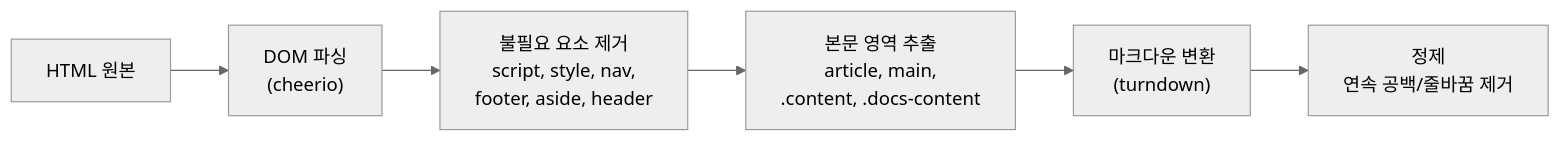
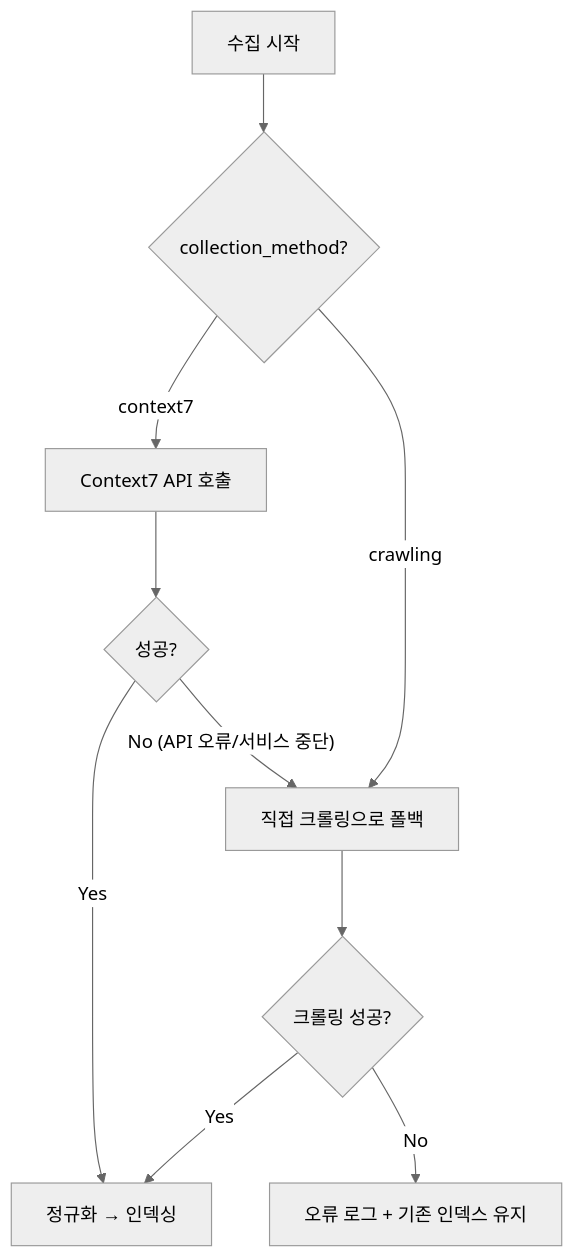
Before and after one commit to johunsang/api-intel: the fifth of 5 diagrams in docs/01-요구사항분석/API수집시스템분석서.md, drawn with Mermaid (neutral theme). The commit also changed other lines of this file and 91 other files, not shown here.

````diff
--- a/docs/01-요구사항분석/API수집시스템분석서.md
+++ b/docs/01-요구사항분석/API수집시스템분석서.md
@@ -318,8 +383,12 @@
 ```mermaid
-flowchart LR
-    A["HTML 원본"] --> B["DOM 파싱\n(cheerio)"]
-    B --> C["불필요 요소 제거\nscript, style, nav,\nfooter, aside, header"]
-    C --> D["본문 영역 추출\narticle, main,\n.content, .docs-content"]
-    D --> E["마크다운 변환\n(turndown)"]
-    E --> F["정제\n연속 공백/줄바꿈 제거"]
+flowchart TD
+    A["수집 시작"] --> B{"collection_method?"}
+    B -->|"context7"| C["Context7 API 호출"]
+    C --> D{"성공?"}
+    D -->|"Yes"| E["정규화 → 인덱싱"]
+    D -->|"No (API 오류/서비스 중단)"| F["직접 크롤링으로 폴백"]
+    B -->|"crawling"| F
+    F --> G{"크롤링 성공?"}
+    G -->|"Yes"| E
+    G -->|"No"| H["오류 로그 + 기존 인덱스 유지"]
 ```
````
